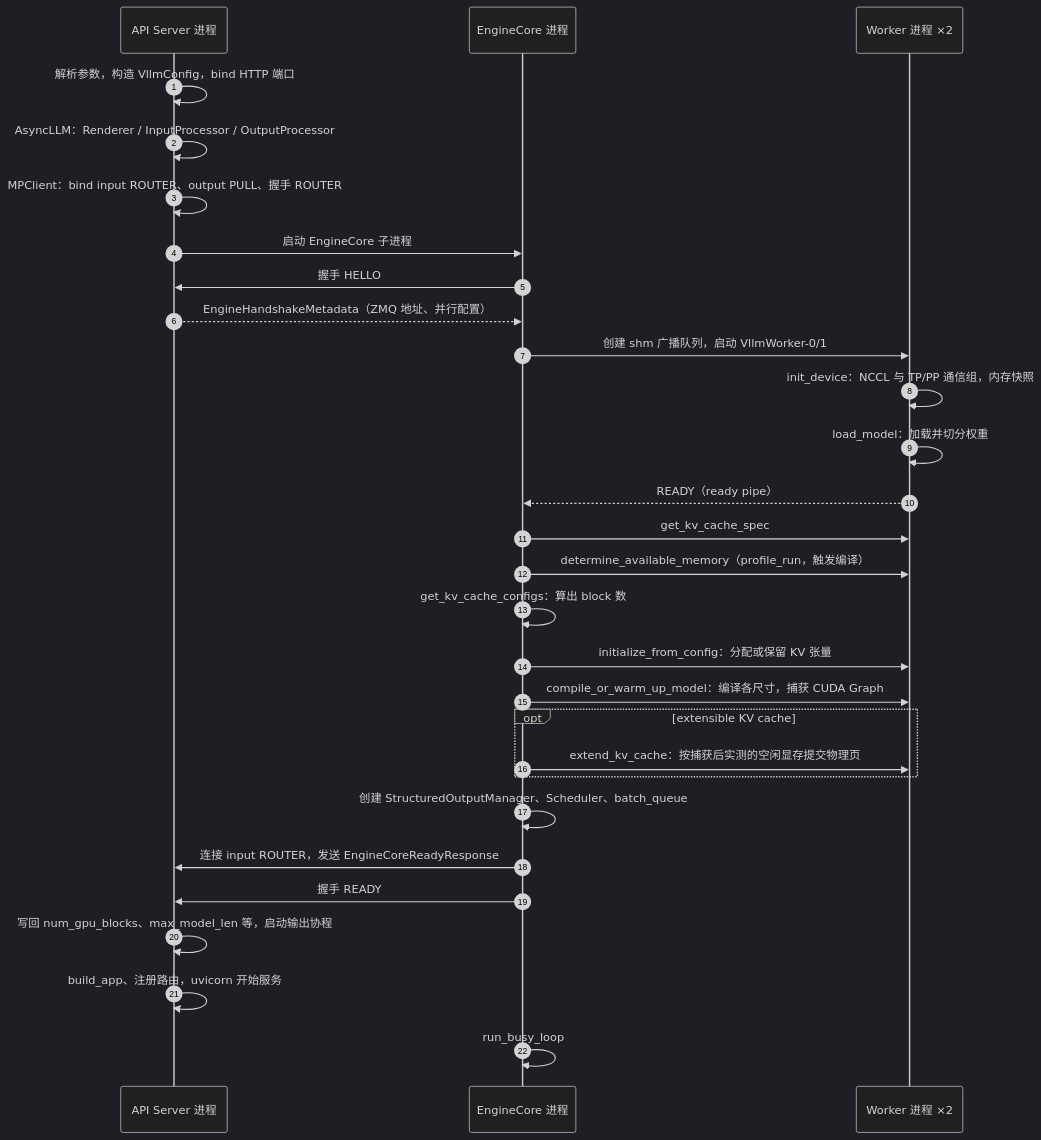
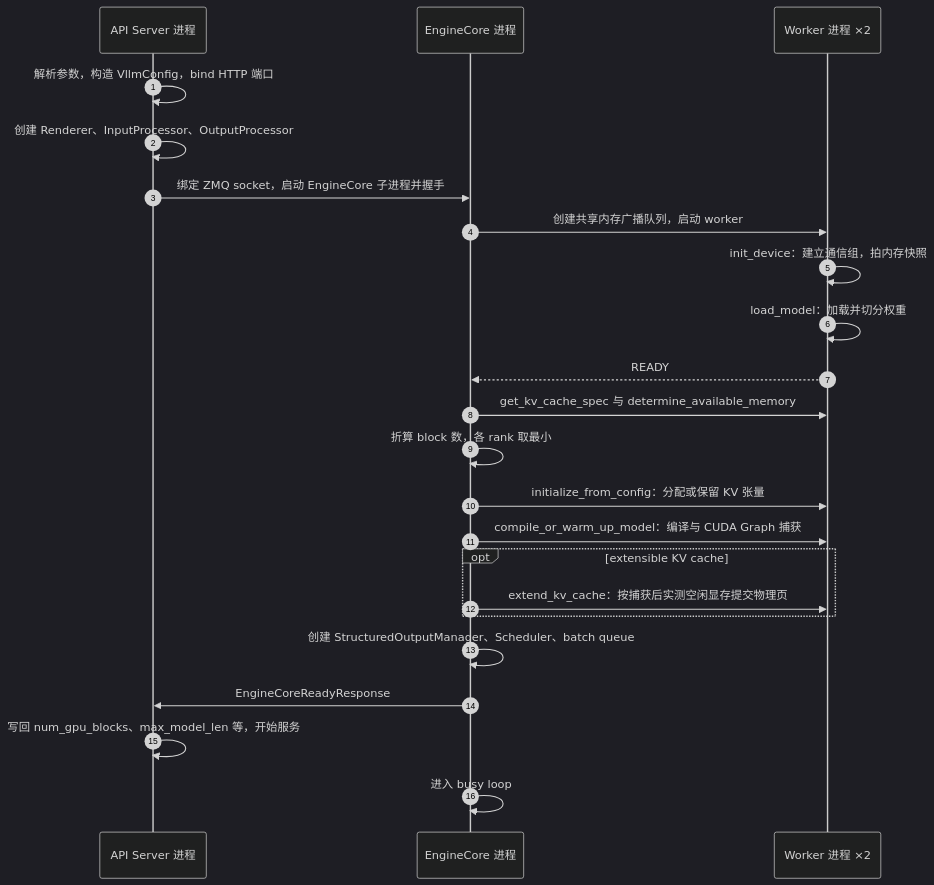
The seventh of 18 diagrams in books/ai-book/src/part2/03-inference.md (wxquare/wxquare.github.io), drawn with Mermaid (dark theme) before and after one commit. The commit also changed other lines of this file and 4 other files, not shown here.

````diff
--- a/books/ai-book/src/part2/03-inference.md
+++ b/books/ai-book/src/part2/03-inference.md
@@ -998,31 +399,25 @@
 ```mermaid
 sequenceDiagram
     autonumber
     participant API as API Server 进程
     participant EC as EngineCore 进程
     participant W as Worker 进程 ×2
     API->>API: 解析参数，构造 VllmConfig，bind HTTP 端口
-    API->>API: AsyncLLM：Renderer / InputProcessor / OutputProcessor
-    API->>API: MPClient：bind input ROUTER、output PULL、握手 ROUTER
-    API->>EC: 启动 EngineCore 子进程
-    EC->>API: 握手 HELLO
-    API-->>EC: EngineHandshakeMetadata（ZMQ 地址、并行配置）
-    EC->>W: 创建 shm 广播队列，启动 VllmWorker-0/1
-    W->>W: init_device：NCCL 与 TP/PP 通信组，内存快照
+    API->>API: 创建 Renderer、InputProcessor、OutputProcessor
+    API->>EC: 绑定 ZMQ socket，启动 EngineCore 子进程并握手
+    EC->>W: 创建共享内存广播队列，启动 worker
+    W->>W: init_device：建立通信组，拍内存快照
     W->>W: load_model：加载并切分权重
-    W-->>EC: READY（ready pipe）
-    EC->>W: get_kv_cache_spec
-    EC->>W: determine_available_memory（profile_run，触发编译）
-    EC->>EC: get_kv_cache_configs：算出 block 数
+    W-->>EC: READY
+    EC->>W: get_kv_cache_spec 与 determine_available_memory
+    EC->>EC: 折算 block 数，各 rank 取最小
     EC->>W: initialize_from_config：分配或保留 KV 张量
-    EC->>W: compile_or_warm_up_model：编译各尺寸，捕获 CUDA Graph
+    EC->>W: compile_or_warm_up_model：编译与 CUDA Graph 捕获
     opt extensible KV cache
-        EC->>W: extend_kv_cache：按捕获后实测的空闲显存提交物理页
+        EC->>W: extend_kv_cache：按捕获后实测空闲显存提交物理页
     end
-    EC->>EC: 创建 StructuredOutputManager、Scheduler、batch_queue
-    EC->>API: 连接 input ROUTER，发送 EngineCoreReadyResponse
-    EC->>API: 握手 READY
-    API->>API: 写回 num_gpu_blocks、max_model_len 等，启动输出协程
-    API->>API: build_app、注册路由，uvicorn 开始服务
-    EC->>EC: run_busy_loop
+    EC->>EC: 创建 StructuredOutputManager、Scheduler、batch queue
+    EC->>API: EngineCoreReadyResponse
+    API->>API: 写回 num_gpu_blocks、max_model_len 等，开始服务
+    EC->>EC: 进入 busy loop
 ```
````
